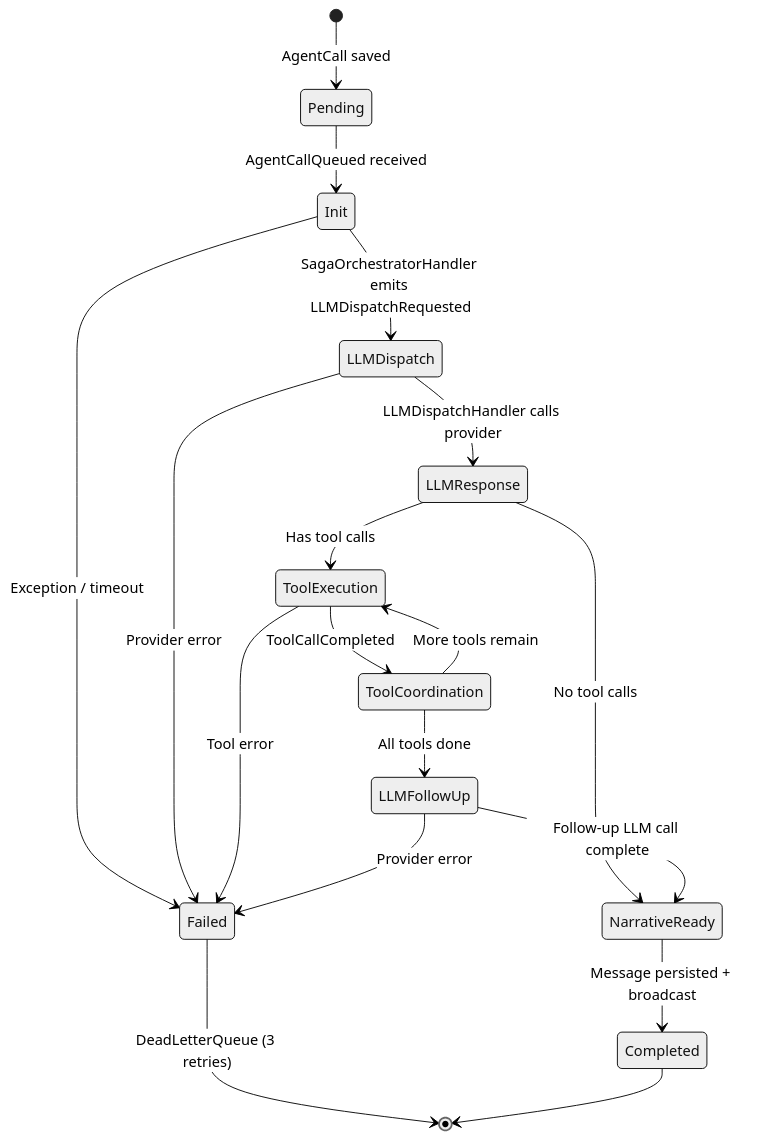
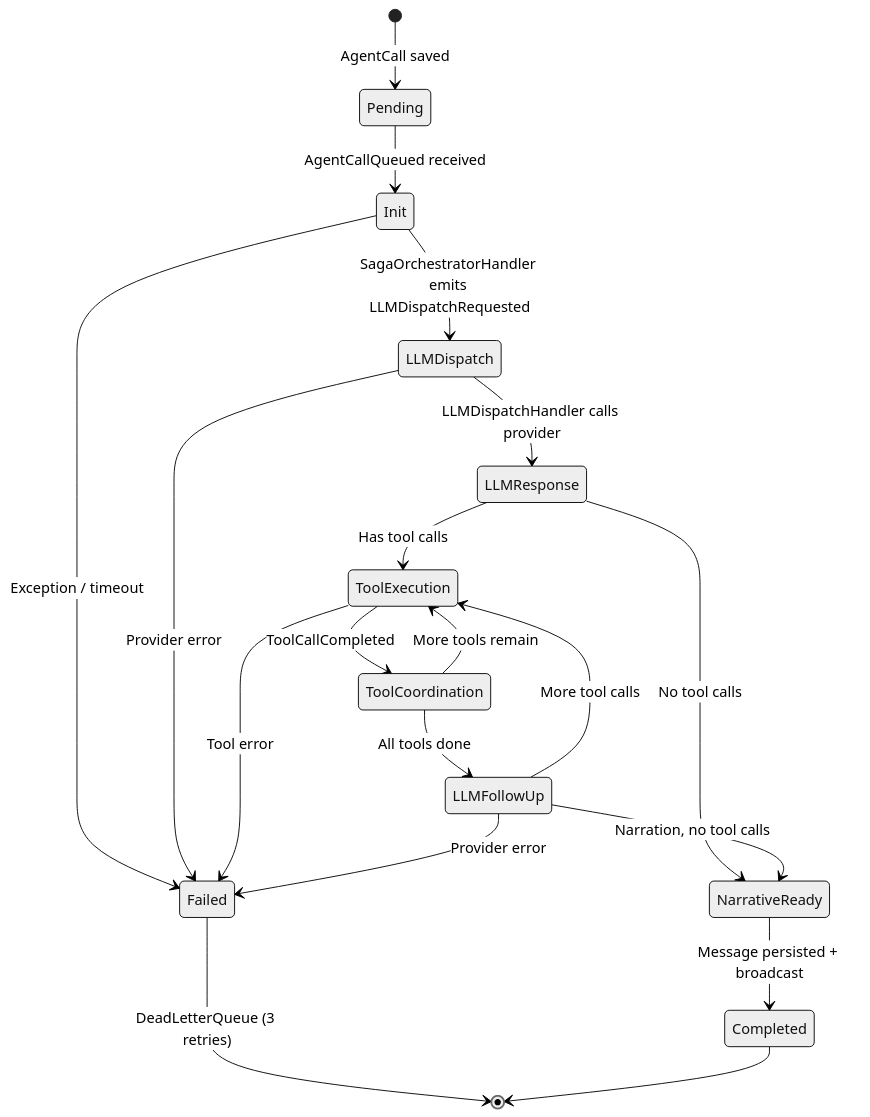
Before and after one commit to jncchds/adnd: the second of 7 diagrams in DIAGRAM.md, drawn with Mermaid (neutral theme). The commit also changed other lines of this file and 13 other files, not shown here.

````diff
--- a/DIAGRAM.md
+++ b/DIAGRAM.md
@@ -86,28 +86,29 @@
 ```mermaid
 stateDiagram-v2
     [*] --> Pending : AgentCall saved
 
     Pending --> Init : AgentCallQueued received
     Init --> LLMDispatch : SagaOrchestratorHandler emits LLMDispatchRequested
 
     LLMDispatch --> LLMResponse : LLMDispatchHandler calls provider
 
     LLMResponse --> NarrativeReady : No tool calls
     LLMResponse --> ToolExecution : Has tool calls
 
     ToolExecution --> ToolCoordination : ToolCallCompleted
     ToolCoordination --> ToolExecution : More tools remain
     ToolCoordination --> LLMFollowUp : All tools done
 
-    LLMFollowUp --> NarrativeReady : Follow-up LLM call complete
+    LLMFollowUp --> ToolExecution : More tool calls
+    LLMFollowUp --> NarrativeReady : Narration, no tool calls
 
     NarrativeReady --> Completed : Message persisted + broadcast
 
     Init --> Failed : Exception / timeout
     LLMDispatch --> Failed : Provider error
     ToolExecution --> Failed : Tool error
     LLMFollowUp --> Failed : Provider error
 
     Failed --> [*] : DeadLetterQueue (3 retries)
     Completed --> [*]
 ```
````
